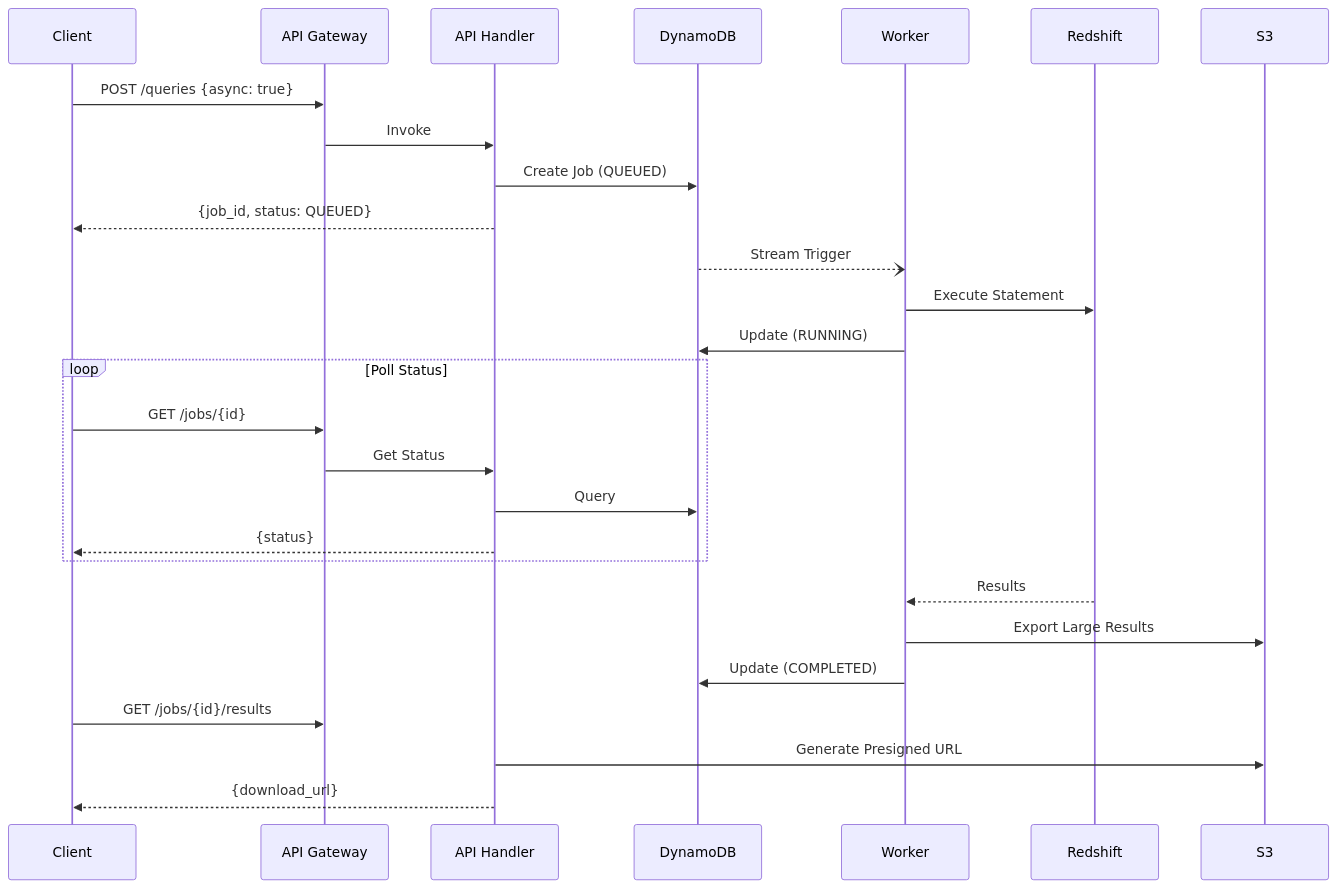
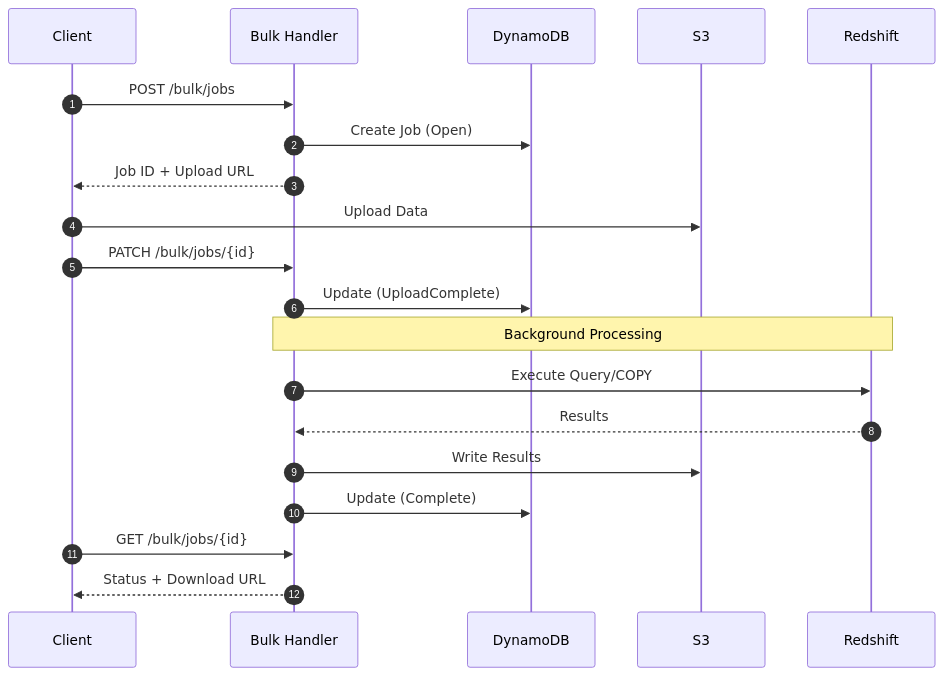
The fifth of 8 diagrams in docs/concepts/architecture.md (zhiweio/redshift-spectra), drawn with Mermaid before and after one commit. The commit also changed other lines of this file and 15 other files, not shown here.

````diff
--- a/docs/concepts/architecture.md
+++ b/docs/concepts/architecture.md
@@ -148,34 +281,27 @@
 ```mermaid
 sequenceDiagram
-    participant Client
-    participant API as API Gateway
-    participant Handler as API Handler
-    participant DDB as DynamoDB
-    participant Worker
+    autonumber
+    participant C as Client
+    participant H as Bulk Handler
+    participant D as DynamoDB
+    participant S as S3
     participant RS as Redshift
-    participant S3
+
+    C->>H: POST /bulk/jobs
+    H->>D: Create Job (Open)
+    H-->>C: Job ID + Upload URL
     
-    Client->>API: POST /queries {async: true}
-    API->>Handler: Invoke
-    Handler->>DDB: Create Job (QUEUED)
-    Handler-->>Client: {job_id, status: QUEUED}
+    C->>S: Upload Data
+    C->>H: PATCH /bulk/jobs/{id}
+    H->>D: Update (UploadComplete)
     
-    DDB--)Worker: Stream Trigger
-    Worker->>RS: Execute Statement
-    Worker->>DDB: Update (RUNNING)
+    Note over H,RS: Background Processing
     
-    loop Poll Status
-        Client->>API: GET /jobs/{id}
-        API->>Handler: Get Status
-        Handler->>DDB: Query
-        Handler-->>Client: {status}
-    end
+    H->>RS: Execute Query/COPY
+    RS-->>H: Results
+    H->>S: Write Results
+    H->>D: Update (Complete)
     
-    RS-->>Worker: Results
-    Worker->>S3: Export Large Results
-    Worker->>DDB: Update (COMPLETED)
-    
-    Client->>API: GET /jobs/{id}/results
-    Handler->>S3: Generate Presigned URL
-    Handler-->>Client: {download_url}
+    C->>H: GET /bulk/jobs/{id}
+    H-->>C: Status + Download URL
 ```
````
